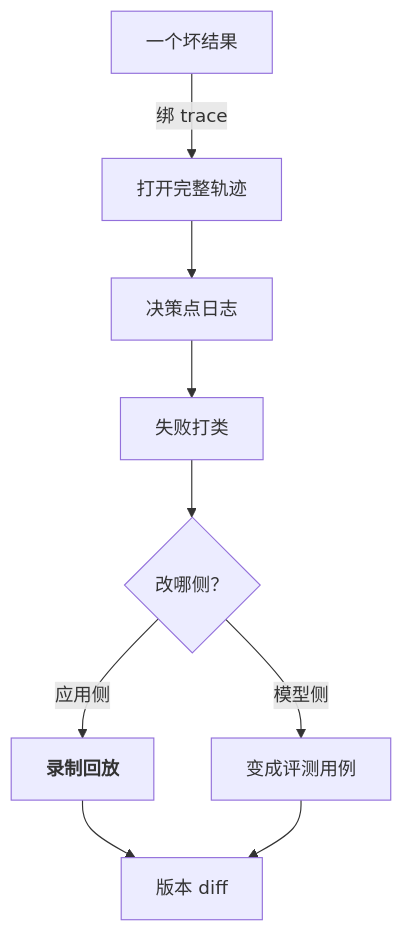
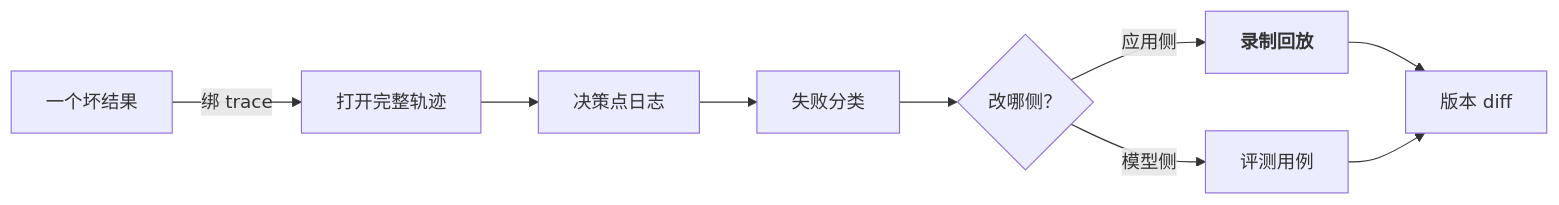
The eighth of 10 diagrams in slides/2026-11-06-evals-and-observability.md (arganzheng/arganzheng.github.com), drawn with Mermaid before and after one commit. The commit also changed other lines of this file, not shown here.

Commit message:
deck(evals-and-observability): LR layouts for judge-calibration + replay-loop mermaids (smalltext)

````diff
--- a/slides/2026-11-06-evals-and-observability.md
+++ b/slides/2026-11-06-evals-and-observability.md
@@ -257,13 +257,13 @@
 ```mermaid
 %%{init: {"flowchart": {"wrappingWidth": 170}}}%%
-flowchart TB
+flowchart LR
     B["一个坏结果"] -- "绑 trace" --> TR["打开完整轨迹"]
     TR --> D["决策点日志"]
-    D --> C["失败打类"]
+    D --> C["失败分类"]
     C --> F{"改哪侧？"}
     F -- "应用侧" --> RP["<b>录制回放</b>"]
-    F -- "模型侧" --> EV["变成评测用例"]
+    F -- "模型侧" --> EV["评测用例"]
     RP & EV --> V["版本 diff"]
 
 
 ```
````
